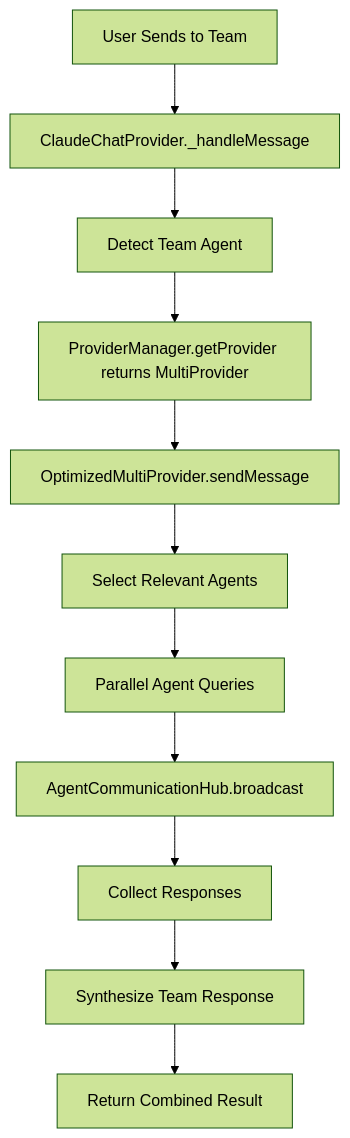
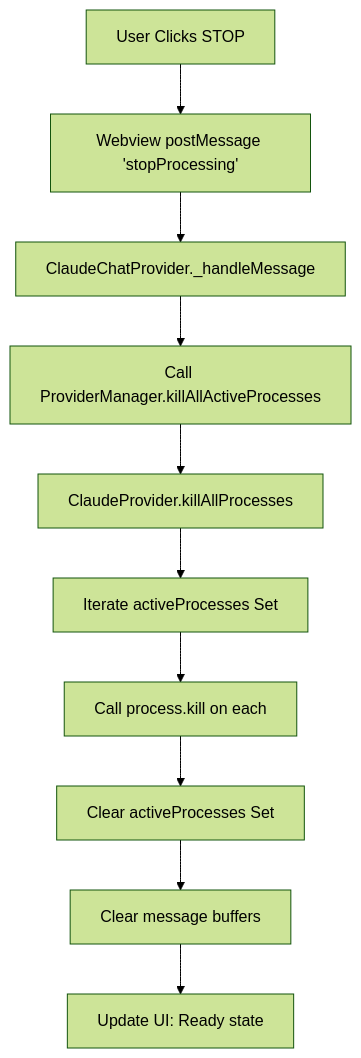
Before and after one commit to craig-yappert/multi-agent-chat-extension: the seventh of 7 diagrams in docs/CODE_FLOWS.md, drawn with Mermaid (forest theme). The commit also changed other lines of this file, not shown here.

````diff
--- a/docs/CODE_FLOWS.md
+++ b/docs/CODE_FLOWS.md
@@ -119,13 +338,12 @@
 ```mermaid
 graph TD
-    A[User Sends to Team] --> B[ClaudeChatProvider._handleMessage]
-    B --> C[Detect Team Agent]
-    C --> D[ProviderManager.getProvider returns MultiProvider]
-    D --> E[OptimizedMultiProvider.sendMessage]
-    E --> F[Select Relevant Agents]
-    F --> G[Parallel Agent Queries]
-    G --> H[AgentCommunicationHub.broadcast]
-    H --> I[Collect Responses]
-    I --> J[Synthesize Team Response]
-    J --> K[Return Combined Result]
+    A[User Clicks STOP] --> B[Webview postMessage 'stopProcessing']
+    B --> C[ClaudeChatProvider._handleMessage]
+    C --> D[Call ProviderManager.killAllActiveProcesses]
+    D --> E[ClaudeProvider.killAllProcesses]
+    E --> F[Iterate activeProcesses Set]
+    F --> G[Call process.kill on each]
+    G --> H[Clear activeProcesses Set]
+    H --> I[Clear message buffers]
+    I --> J[Update UI: Ready state]
 ```
````
